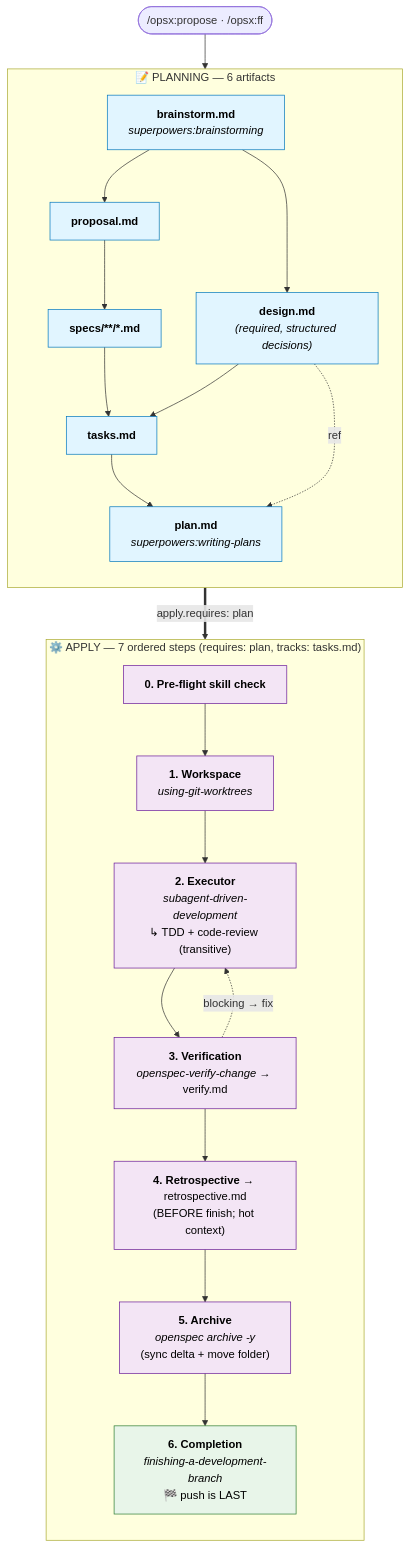
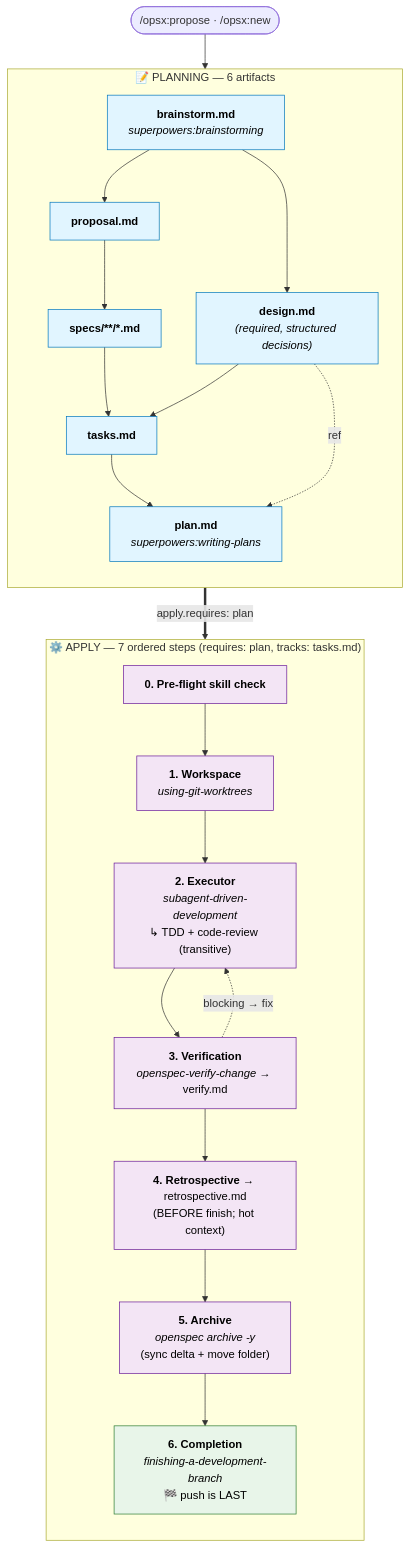
Before and after one commit to AdrianTheopold/openspec-schemas: the diagram in superpowers-bridge/README.md, drawn with Mermaid. The commit also changed other lines of this file and 3 other files, not shown here.

Commit message:
fix(bridge): restore /opsx:new (real expanded-profile command that takes --schema) + add profile caveat; revert erroneous CLI swap from M2

````diff
--- a/superpowers-bridge/README.md
+++ b/superpowers-bridge/README.md
@@ -222,48 +222,48 @@
 ```mermaid
 flowchart TD
-    Start([/opsx:propose · /opsx:ff])
+    Start([/opsx:propose · /opsx:new])
 
     subgraph Plan ["📝 PLANNING — 6 artifacts"]
         direction TB
         BS["<b>brainstorm.md</b><br/><i>superpowers:brainstorming</i>"]
         PROP["<b>proposal.md</b>"]
         DES["<b>design.md</b><br/><i>(required, structured decisions)</i>"]
         SP["<b>specs/**/*.md</b>"]
         TK["<b>tasks.md</b>"]
         PL["<b>plan.md</b><br/><i>superpowers:writing-plans</i>"]
 
         BS --> PROP
         BS --> DES
         PROP --> SP
         SP --> TK
         DES --> TK
         TK --> PL
         DES -. ref .-> PL
     end
 
     subgraph Apply ["⚙️ APPLY — 7 ordered steps (requires: plan, tracks: tasks.md)"]
         direction TB
         A0["<b>0. Pre-flight skill check</b>"]
         A1["<b>1. Workspace</b><br/><i>using-git-worktrees</i>"]
         A2["<b>2. Executor</b><br/><i>subagent-driven-development</i><br/>↳ TDD + code-review (transitive)"]
         A3["<b>3. Verification</b><br/><i>openspec-verify-change</i> → verify.md"]
         A4["<b>4. Retrospective</b> → retrospective.md<br/>(BEFORE finish; hot context)"]
         A5["<b>5. Archive</b><br/><i>openspec archive -y</i><br/>(sync delta + move folder)"]
         A6["<b>6. Completion</b><br/><i>finishing-a-development-branch</i><br/>🏁 push is LAST"]
 
         A0 --> A1 --> A2 --> A3
         A3 -. blocking → fix .-> A2
         A3 --> A4 --> A5 --> A6
     end
 
     Start --> BS
     PL ==>|apply.requires: plan| A0
 
     classDef artifact fill:#e1f5ff,stroke:#0277bd,color:#000
     classDef step fill:#f3e5f5,stroke:#6a1b9a,color:#000
     classDef capstone fill:#e8f5e9,stroke:#2e7d32,color:#000
 
     class BS,PROP,DES,SP,TK,PL artifact
     class A0,A1,A2,A3,A4,A5 step
     class A6 capstone
 ```
````
